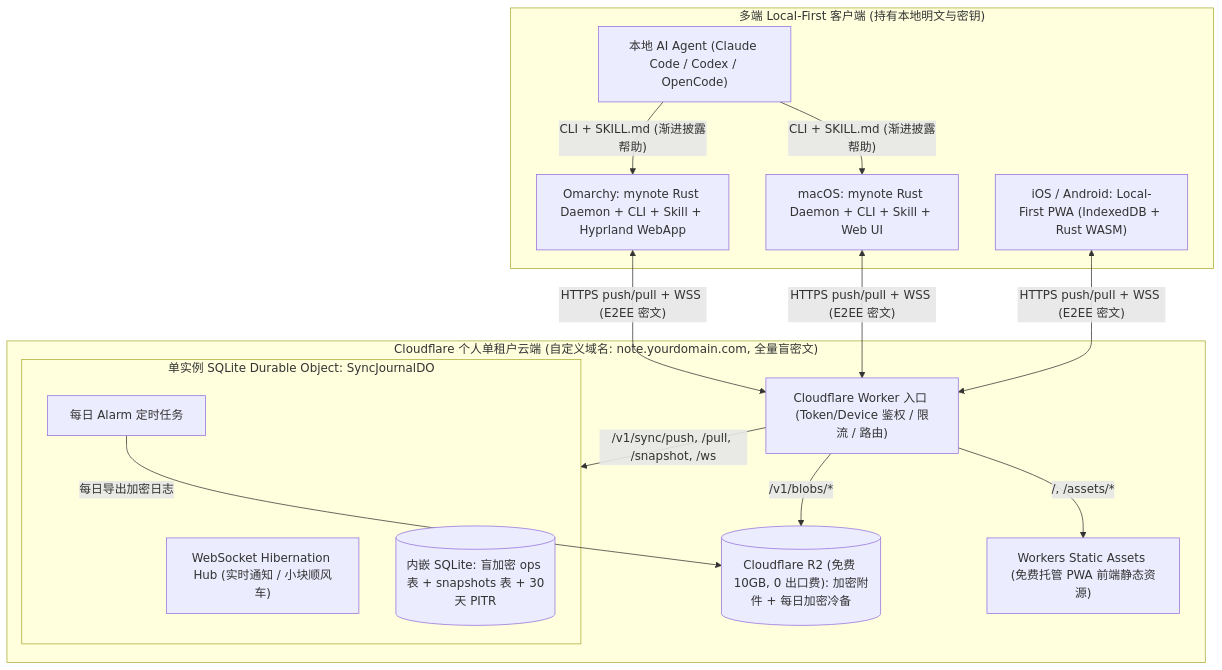
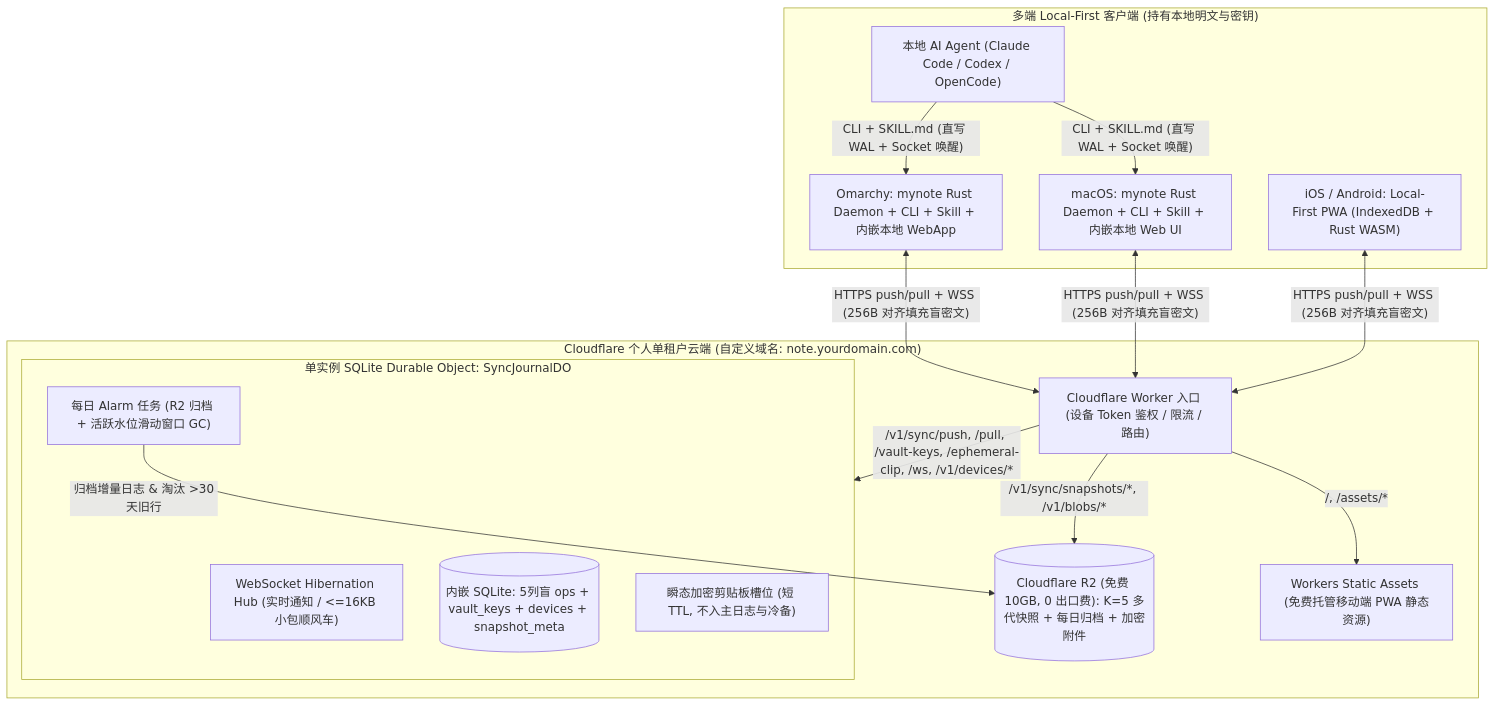
The diagram in docs/cloudflare-cloud-architecture.md (gray0128/my-note), drawn with Mermaid before and after one commit. The commit also changed other lines of this file and 4 other files, not shown here.

````diff
--- a/docs/cloudflare-cloud-architecture.md
+++ b/docs/cloudflare-cloud-architecture.md
@@ -60,33 +60,34 @@
 ```mermaid
 flowchart TD
     subgraph Clients["多端 Local-First 客户端 (持有本地明文与密钥)"]
-        Mac["macOS: mynote Rust Daemon + CLI + Skill + Web UI"]
-        Linux["Omarchy: mynote Rust Daemon + CLI + Skill + Hyprland WebApp"]
+        Mac["macOS: mynote Rust Daemon + CLI + Skill + 内嵌本地 Web UI"]
+        Linux["Omarchy: mynote Rust Daemon + CLI + Skill + 内嵌本地 WebApp"]
         Phone["iOS / Android: Local-First PWA (IndexedDB + Rust WASM)"]
         Agent["本地 AI Agent (Claude Code / Codex / OpenCode)"]
-        Agent -->|"CLI + SKILL.md (渐进披露帮助)"| Mac
-        Agent -->|"CLI + SKILL.md (渐进披露帮助)"| Linux
+        Agent -->|"CLI + SKILL.md (直写 WAL + Socket 唤醒)"| Mac
+        Agent -->|"CLI + SKILL.md (直写 WAL + Socket 唤醒)"| Linux
     end
 
-    subgraph CF["Cloudflare 个人单租户云端 (自定义域名: note.yourdomain.com, 全量盲密文)"]
-        Edge["Cloudflare Worker 入口 (Token/Device 鉴权 / 限流 / 路由)"]
-        Assets["Workers Static Assets (免费托管 PWA 前端静态资源)"]
+    subgraph CF["Cloudflare 个人单租户云端 (自定义域名: note.yourdomain.com)"]
+        Edge["Cloudflare Worker 入口 (设备 Token 鉴权 / 限流 / 路由)"]
+        Assets["Workers Static Assets (免费托管移动端 PWA 静态资源)"]
 
         subgraph DO_Box["单实例 SQLite Durable Object: SyncJournalDO"]
-            WS["WebSocket Hibernation Hub (实时通知 / 小块顺风车)"]
-            SQL[("内嵌 SQLite: 盲加密 ops 表 + snapshots 表 + 30天 PITR")]
-            Alarm["每日 Alarm 定时任务"]
+            WS["WebSocket Hibernation Hub (实时通知 / <=16KB 小包顺风车)"]
+            SQL[("内嵌 SQLite: 5列盲 ops + vault_keys + devices + snapshot_meta")]
+            Clip["瞬态加密剪贴板槽位 (短 TTL, 不入主日志与冷备)"]
+            Alarm["每日 Alarm 任务 (R2 归档 + 活跃水位滑动窗口 GC)"]
         end
 
-        R2[("Cloudflare R2 (免费 10GB, 0 出口费): 加密附件 + 每日加密冷备")]
+        R2[("Cloudflare R2 (免费 10GB, 0 出口费): K=5 多代快照 + 每日归档 + 加密附件")]
 
         Edge -->|"/, /assets/*"| Assets
-        Edge -->|"/v1/sync/push, /pull, /snapshot, /ws"| DO_Box
-        Edge -->|"/v1/blobs/*"| R2
-        Alarm -->|"每日导出加密日志"| R2
+        Edge -->|"/v1/sync/push, /pull, /vault-keys, /ephemeral-clip, /ws, /v1/devices/*"| DO_Box
+        Edge -->|"/v1/sync/snapshots/*, /v1/blobs/*"| R2
+        Alarm -->|"归档增量日志 & 淘汰 >30天旧行"| R2
     end
 
-    Mac <-->|"HTTPS push/pull + WSS (E2EE 密文)"| Edge
-    Linux <-->|"HTTPS push/pull + WSS (E2EE 密文)"| Edge
-    Phone <-->|"HTTPS push/pull + WSS (E2EE 密文)"| Edge
+    Mac <-->|"HTTPS push/pull + WSS (256B 对齐填充盲密文)"| Edge
+    Linux <-->|"HTTPS push/pull + WSS (256B 对齐填充盲密文)"| Edge
+    Phone <-->|"HTTPS push/pull + WSS (256B 对齐填充盲密文)"| Edge
 ```
````
